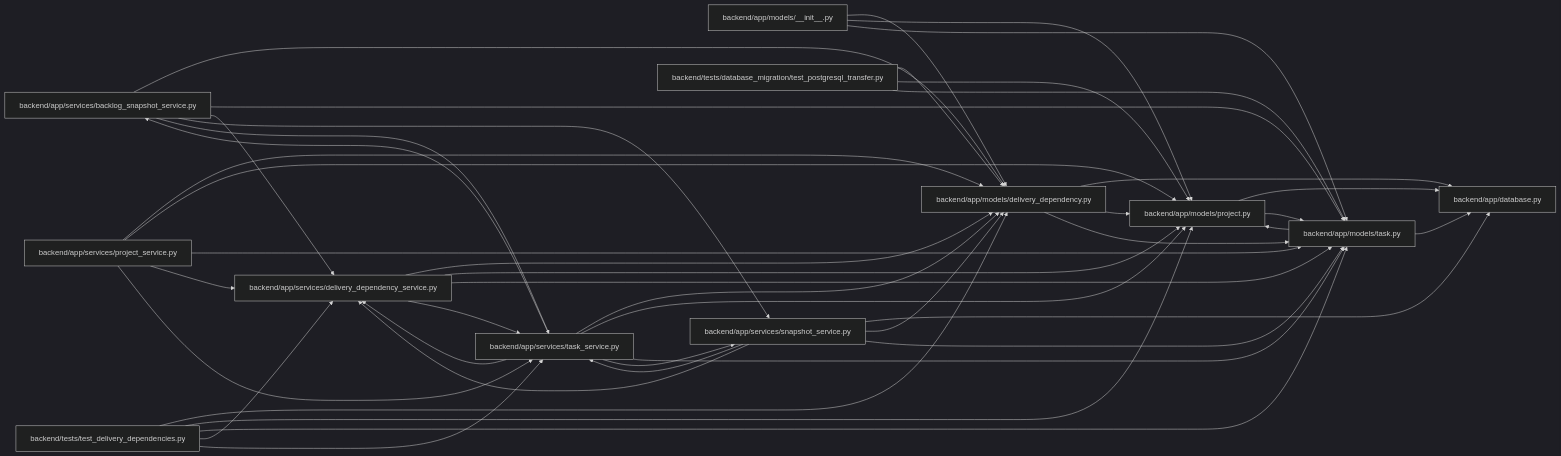
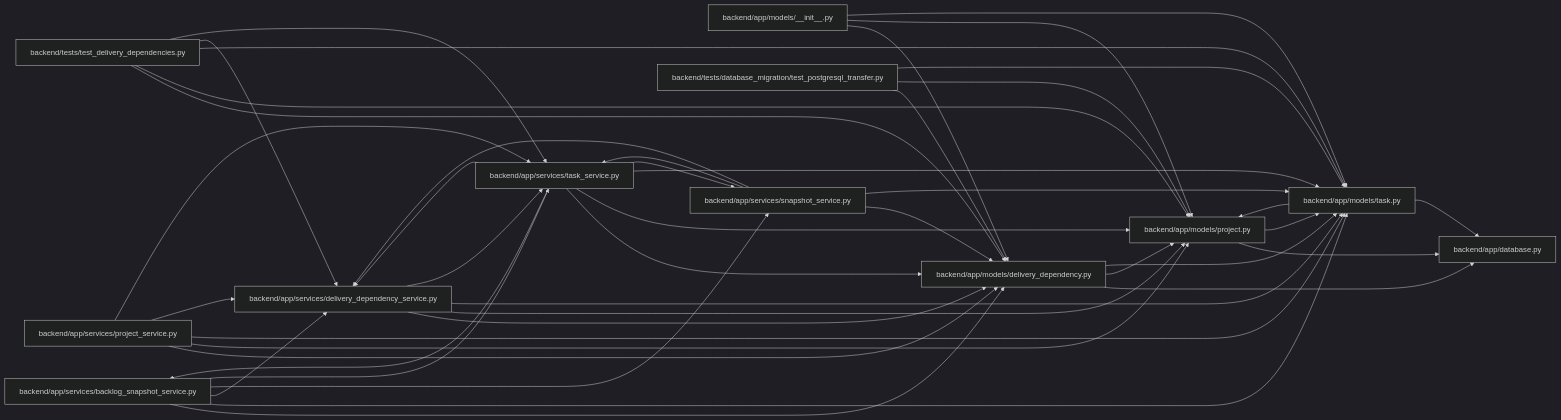
One commit to Denissvgn/WorkChord changed the diagram in docs/llm_wiki/modules/delivery_dependency.md. Above: the diagram before and after it, drawn with Mermaid (dark theme). The commit also changed 636 other files, not shown here.

````diff
--- a/docs/llm_wiki/modules/delivery_dependency.md
+++ b/docs/llm_wiki/modules/delivery_dependency.md
@@ -22,70 +22,69 @@
 ```mermaid
 flowchart LR
     n0["backend/app/database.py"]
     n1["backend/app/models/__init__.py"]
     n2["backend/app/models/delivery_dependency.py"]
     n3["backend/app/models/project.py"]
     n4["backend/app/models/task.py"]
     n5["backend/app/services/backlog_snapshot_service.py"]
     n6["backend/app/services/delivery_dependency_service.py"]
     n7["backend/app/services/project_service.py"]
     n8["backend/app/services/snapshot_service.py"]
     n9["backend/app/services/task_service.py"]
     n10["backend/tests/database_migration/test_postgresql_transfer.py"]
     n11["backend/tests/test_delivery_dependencies.py"]
     n1 --> n2
     n1 --> n3
     n1 --> n4
     n2 --> n0
     n2 --> n3
     n2 --> n4
     n3 --> n0
     n3 --> n4
     n4 --> n0
     n4 --> n3
     n5 --> n2
     n5 --> n4
     n5 --> n6
     n5 --> n8
     n5 --> n9
     n6 --> n2
     n6 --> n3
     n6 --> n4
     n6 --> n9
     n7 --> n2
     n7 --> n3
     n7 --> n4
     n7 --> n6
     n7 --> n9
-    n8 --> n0
     n8 --> n2
     n8 --> n4
     n8 --> n6
     n8 --> n9
     n9 --> n2
     n9 --> n3
     n9 --> n4
     n9 --> n5
     n9 --> n6
     n9 --> n8
     n10 --> n2
     n10 --> n3
     n10 --> n4
     n11 --> n2
     n11 --> n3
     n11 --> n4
     n11 --> n6
     n11 --> n9
     click n0 "../modules/app_database.md"
     click n1 "../modules/models___init__.md"
     click n2 "../modules/delivery_dependency.md"
     click n3 "../modules/models_project.md"
     click n4 "../modules/models_task.md"
     click n5 "../modules/backlog_snapshot_service.md"
     click n6 "../modules/delivery_dependency_service.md"
     click n7 "../modules/project_service.md"
     click n8 "../modules/snapshot_service.md"
     click n9 "../modules/task_service.md"
     click n10 "../modules/test_postgresql_transfer.md"
     click n11 "../modules/test_delivery_dependencies.md"
 ```
````
